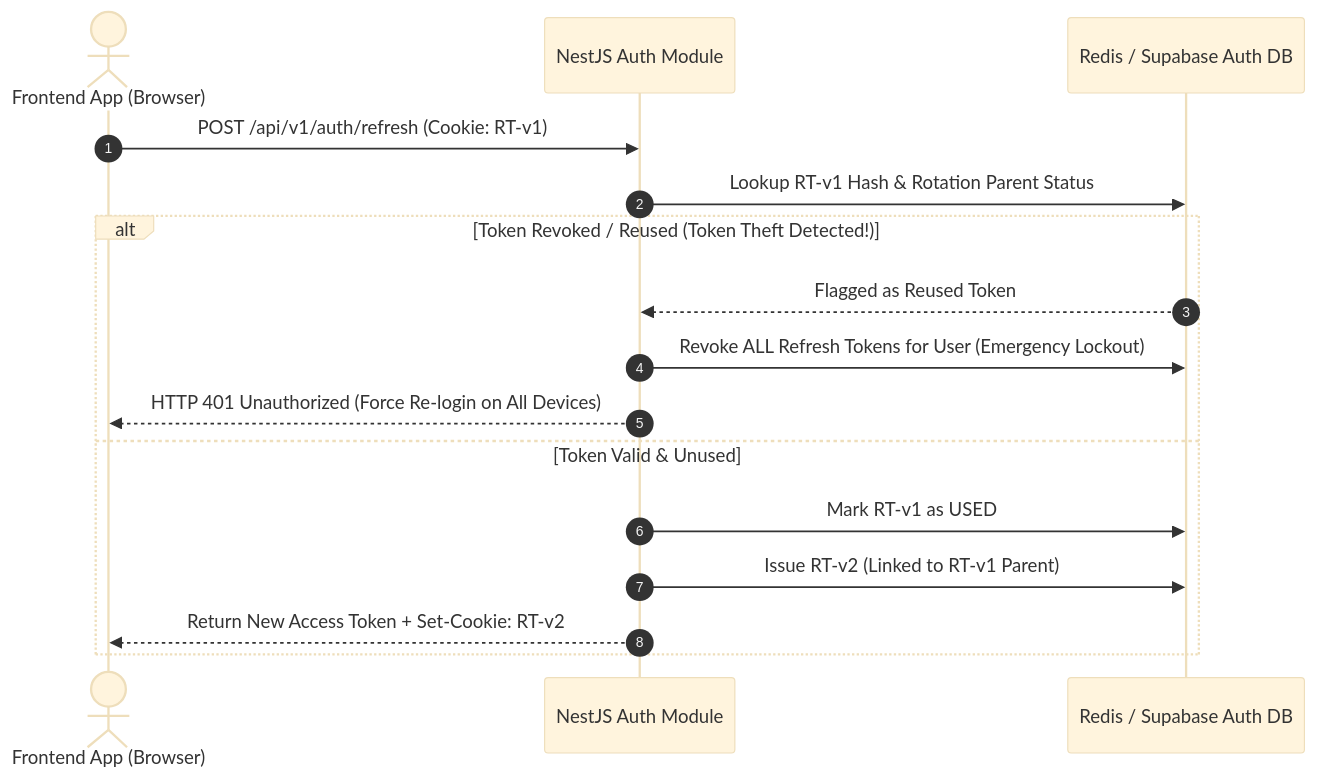
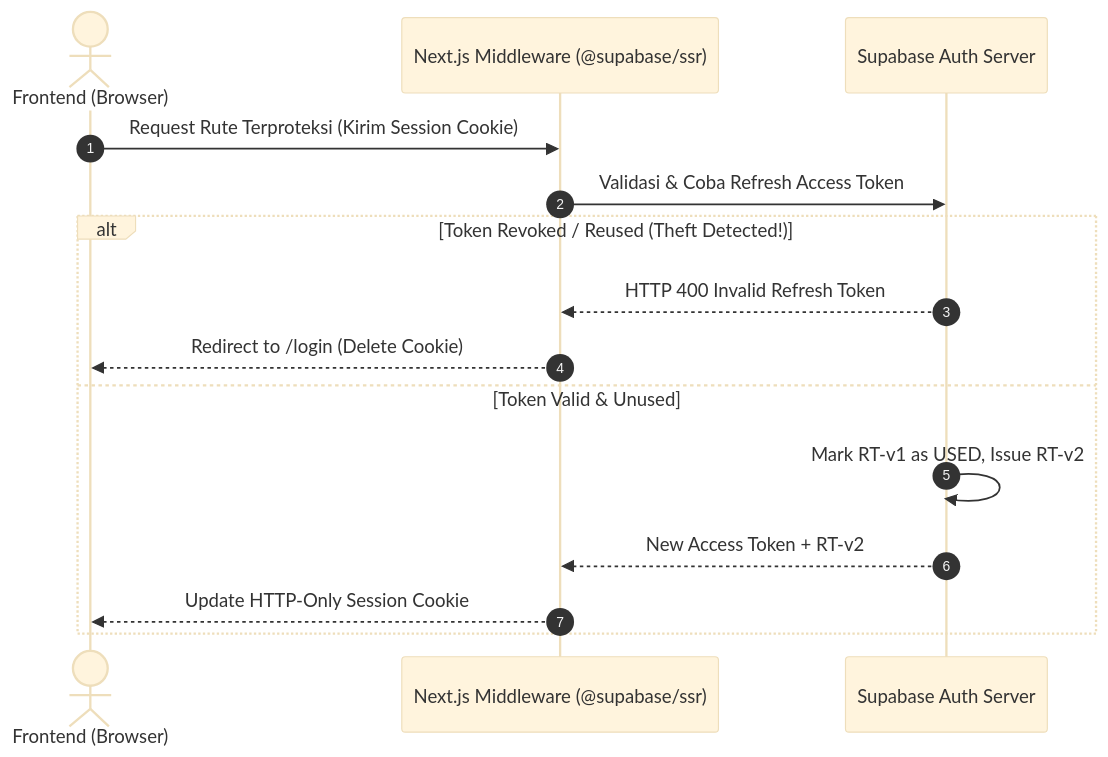
One commit to ilhamridzuan/Constive changed the second of 3 diagrams in docs/Technical Design Document_ Constive.md. Above: the diagram before and after it, drawn with Mermaid (base theme). The commit also changed other lines of this file and 143 other files, not shown here.

````diff
--- a/docs/Technical Design Document_ Constive.md
+++ b/docs/Technical Design Document_ Constive.md
@@ -1328,19 +1378,18 @@
 ```mermaid
 sequenceDiagram
     autonumber
-    actor Client as Frontend App (Browser)
-    participant Auth as NestJS Auth Module
-    participant DB as Redis / Supabase Auth DB
+    actor Browser as Frontend (Browser)
+    participant Middleware as Next.js Middleware (@supabase/ssr)
+    participant Auth as Supabase Auth Server
 
-    Client->>Auth: POST /api/v1/auth/refresh (Cookie: RT-v1)
-    Auth->>DB: Lookup RT-v1 Hash & Rotation Parent Status
-    alt Token Revoked / Reused (Token Theft Detected!)
-        DB-->>Auth: Flagged as Reused Token
-        Auth->>DB: Revoke ALL Refresh Tokens for User (Emergency Lockout)
-        Auth-->>Client: HTTP 401 Unauthorized (Force Re-login on All Devices)
+    Browser->>Middleware: Request Rute Terproteksi (Kirim Session Cookie)
+    Middleware->>Auth: Validasi & Coba Refresh Access Token
+    alt Token Revoked / Reused (Theft Detected!)
+        Auth-->>Middleware: HTTP 400 Invalid Refresh Token
+        Middleware-->>Browser: Redirect to /login (Delete Cookie)
     else Token Valid & Unused
-        Auth->>DB: Mark RT-v1 as USED
-        Auth->>DB: Issue RT-v2 (Linked to RT-v1 Parent)
-        Auth-->>Client: Return New Access Token + Set-Cookie: RT-v2
+        Auth->>Auth: Mark RT-v1 as USED, Issue RT-v2
+        Auth-->>Middleware: New Access Token + RT-v2
+        Middleware-->>Browser: Update HTTP-Only Session Cookie
     end
 ```
````
